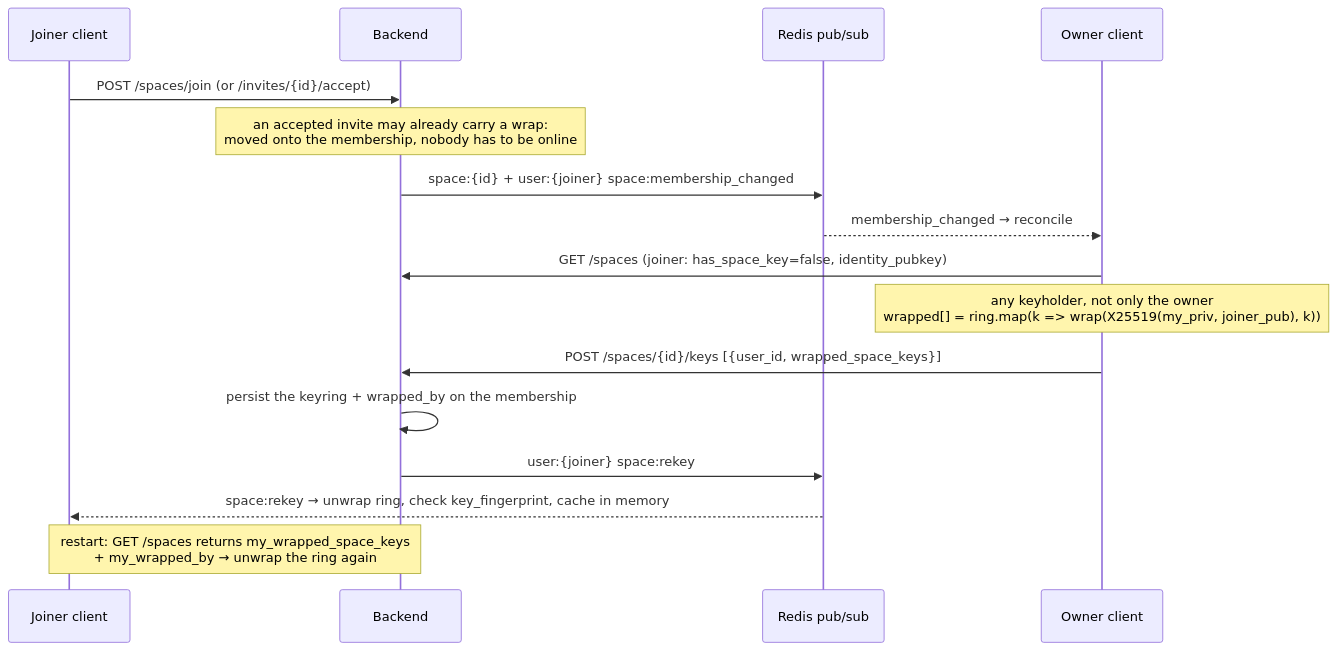
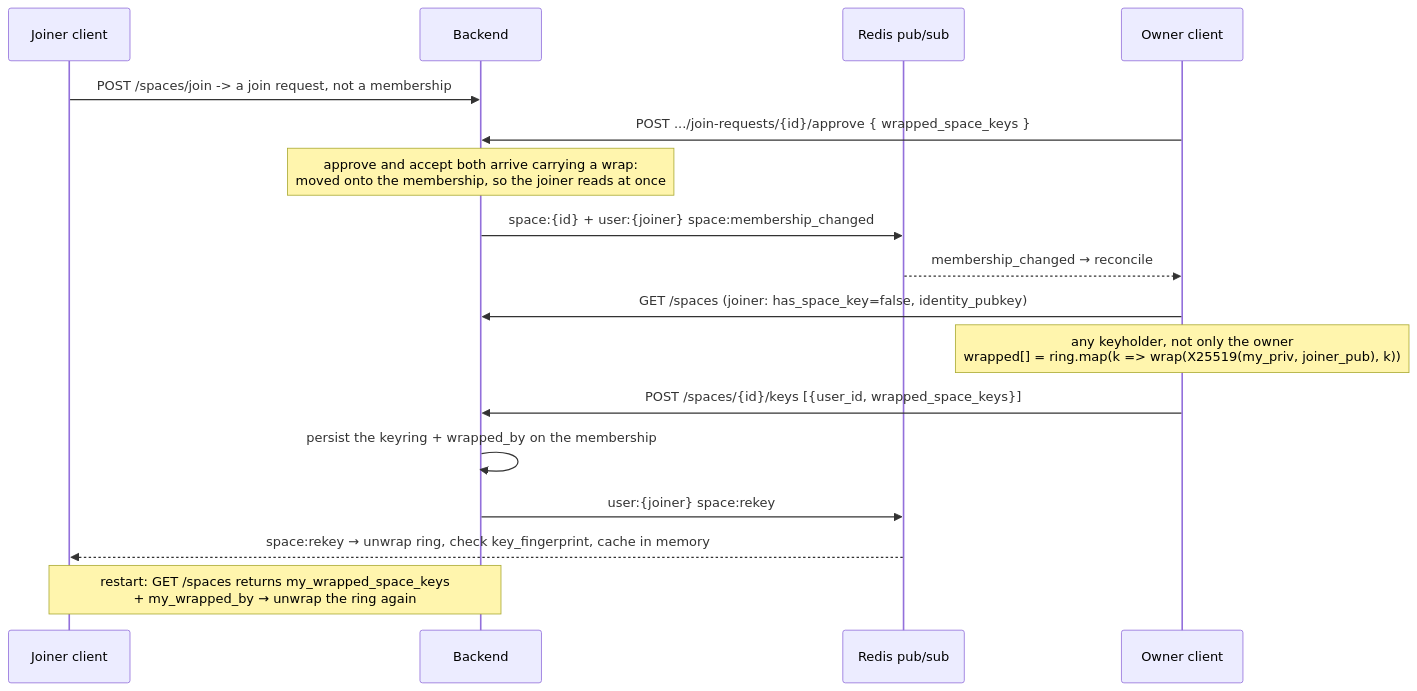
The third of 3 diagrams in docs/ARCHITECTURE.md (NotRover/RoverTools-Orange-Copy-Paste-Backend), drawn with Mermaid before and after one commit. The commit also changed other lines of this file and 9 other files, not shown here.

First line of the commit message:
feat(spaces): make a code get you to the door, not through it

````diff
--- a/docs/ARCHITECTURE.md
+++ b/docs/ARCHITECTURE.md
@@ -1142,19 +1231,20 @@
 ```mermaid
 sequenceDiagram
     participant J as Joiner client
     participant API as Backend
     participant R as Redis pub/sub
     participant O as Owner client
 
-    J->>API: POST /spaces/join (or /invites/{id}/accept)
-    Note over API: an accepted invite may already carry a wrap:<br/>moved onto the membership, nobody has to be online
+    J->>API: POST /spaces/join -> a join request, not a membership
+    O->>API: POST .../join-requests/{id}/approve { wrapped_space_keys }
+    Note over API: approve and accept both arrive carrying a wrap:<br/>moved onto the membership, so the joiner reads at once
     API->>R: space:{id} + user:{joiner} space:membership_changed
     R-->>O: membership_changed → reconcile
     O->>API: GET /spaces  (joiner: has_space_key=false, identity_pubkey)
     Note over O: any keyholder, not only the owner<br/>wrapped[] = ring.map(k => wrap(X25519(my_priv, joiner_pub), k))
     O->>API: POST /spaces/{id}/keys [{user_id, wrapped_space_keys}]
     API->>API: persist the keyring + wrapped_by on the membership
     API->>R: user:{joiner} space:rekey
     R-->>J: space:rekey → unwrap ring, check key_fingerprint, cache in memory
     Note over J,API: restart: GET /spaces returns my_wrapped_space_keys<br/>+ my_wrapped_by → unwrap the ring again
 ```
````
